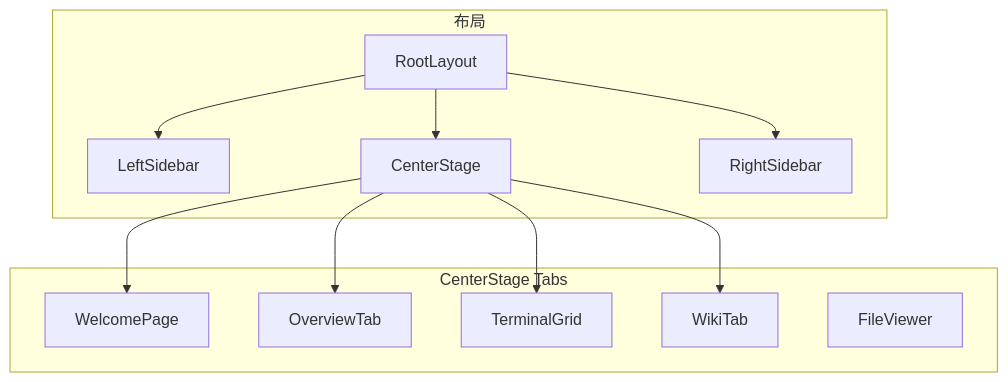
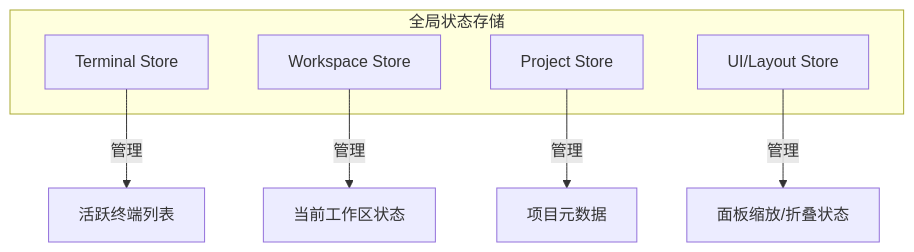
Before and after one commit to AruNi-01/atmos: the first of 2 diagrams in .atmos/wiki/deep-dive/frontend/web-app.md, drawn with Mermaid. The commit also changed other lines of this file and 49 other files, not shown here.

First line of the commit message:
refactor(wiki): enhance project wiki structure and documentation

````diff
--- a/.atmos/wiki/deep-dive/frontend/web-app.md
+++ b/.atmos/wiki/deep-dive/frontend/web-app.md
@@ -28,25 +38,14 @@
 ```mermaid
-graph TB
-    subgraph 布局
-        Root[RootLayout]
-        Sidebar[LeftSidebar]
-        Center[CenterStage]
-        Right[RightSidebar]
+graph TD
+    subgraph Global_Stores [全局状态存储]
+        TS[Terminal Store]
+        WS[Workspace Store]
+        PS[Project Store]
+        US[UI/Layout Store]
     end
 
-    subgraph CenterStage Tabs
-        Welcome[WelcomePage]
-        Overview[OverviewTab]
-        Terminal[TerminalGrid]
-        Wiki[WikiTab]
-        Editor[FileViewer]
-    end
-
-    Root --> Sidebar
-    Root --> Center
-    Root --> Right
-    Center --> Welcome
-    Center --> Overview
-    Center --> Terminal
-    Center --> Wiki
+    TS -->|管理| TermInstances[活跃终端列表]
+    WS -->|管理| CurrentWS[当前工作区状态]
+    PS -->|管理| ProjectList[项目元数据]
+    US -->|管理| PanelState[面板缩放/折叠状态]
 ```
````
